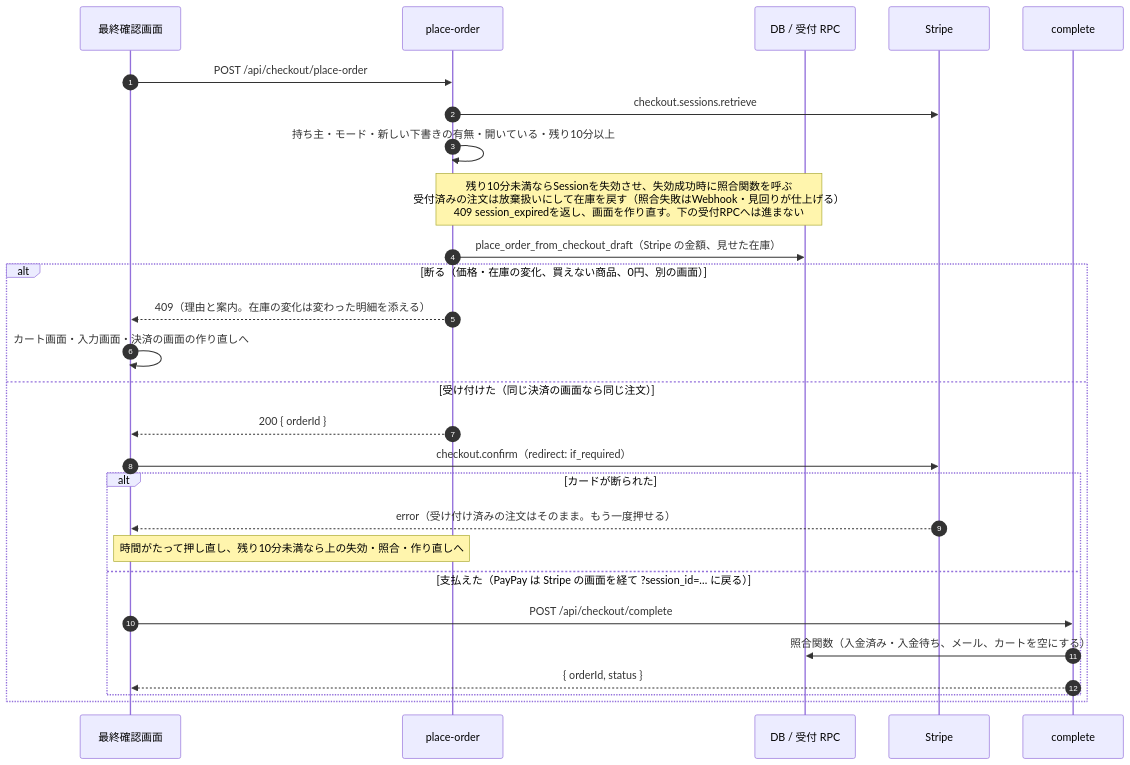
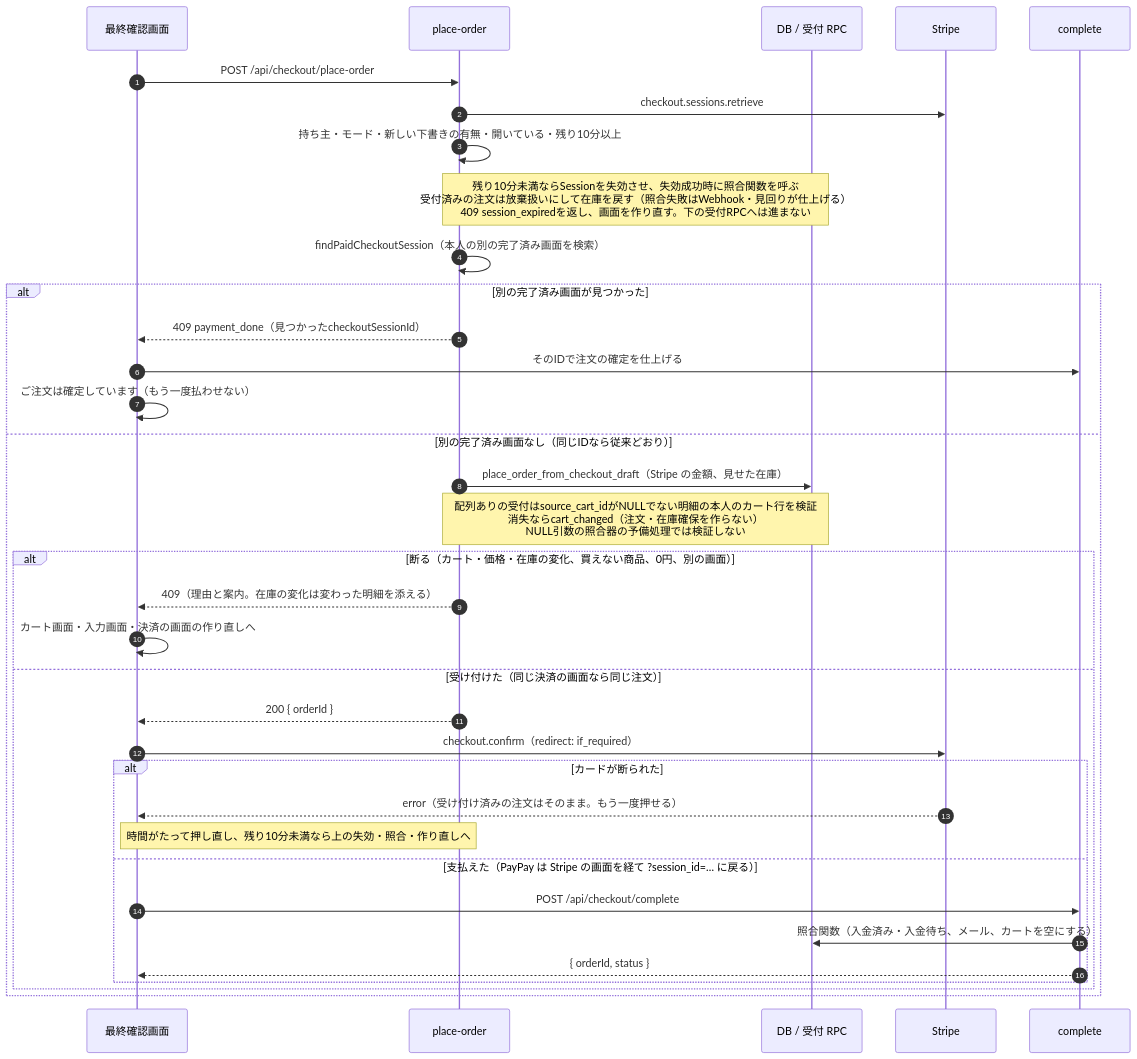
One commit to ChocoWork/o_official changed the second of 5 diagrams in docs/04_DetailDesign/sequence/checkout-payment.md. Above: the diagram before and after it, drawn with Mermaid. The commit also changed other lines of this file and 5 other files, not shown here.

````diff
--- a/docs/04_DetailDesign/sequence/checkout-payment.md
+++ b/docs/04_DetailDesign/sequence/checkout-payment.md
@@ -81,29 +82,37 @@
 ```mermaid
 sequenceDiagram
     autonumber
     participant UI as 最終確認画面
     participant PO as place-order
     participant DB as DB / 受付 RPC
     participant Stripe as Stripe
     participant C as complete
     UI->>PO: POST /api/checkout/place-order
     PO->>Stripe: checkout.sessions.retrieve
     PO->>PO: 持ち主・モード・新しい下書きの有無・開いている・残り10分以上
     Note over PO,DB: 残り10分未満ならSessionを失効させ、失効成功時に照合関数を呼ぶ<br/>受付済みの注文は放棄扱いにして在庫を戻す（照合失敗はWebhook・見回りが仕上げる）<br/>409 session_expiredを返し、画面を作り直す。下の受付RPCへは進まない
+    PO->>PO: findPaidCheckoutSession（本人の別の完了済み画面を検索）
+    alt 別の完了済み画面が見つかった
+        PO-->>UI: 409 payment_done（見つかったcheckoutSessionId）
+        UI->>C: そのIDで注文の確定を仕上げる
+        UI->>UI: ご注文は確定しています（もう一度払わせない）
+    else 別の完了済み画面なし（同じIDなら従来どおり）
     PO->>DB: place_order_from_checkout_draft（Stripe の金額、見せた在庫）
-    alt 断る（価格・在庫の変化、買えない商品、0円、別の画面）
+    Note over PO,DB: 配列ありの受付はsource_cart_idがNULLでない明細の本人のカート行を検証<br/>消失ならcart_changed（注文・在庫確保を作らない）<br/>NULL引数の照合器の予備処理では検証しない
+    alt 断る（カート・価格・在庫の変化、買えない商品、0円、別の画面）
         PO-->>UI: 409（理由と案内。在庫の変化は変わった明細を添える）
         UI->>UI: カート画面・入力画面・決済の画面の作り直しへ
     else 受け付けた（同じ決済の画面なら同じ注文）
         PO-->>UI: 200 { orderId }
         UI->>Stripe: checkout.confirm（redirect: if_required）
         alt カードが断られた
             Stripe-->>UI: error（受け付け済みの注文はそのまま。もう一度押せる）
             Note over UI,PO: 時間がたって押し直し、残り10分未満なら上の失効・照合・作り直しへ
         else 支払えた（PayPay は Stripe の画面を経て ?session_id=… に戻る）
             UI->>C: POST /api/checkout/complete
             C->>DB: 照合関数（入金済み・入金待ち、メール、カートを空にする）
             C-->>UI: { orderId, status }
         end
     end
+    end
 ```
````
